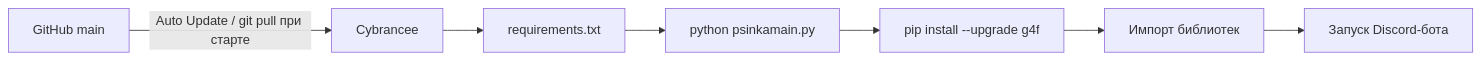
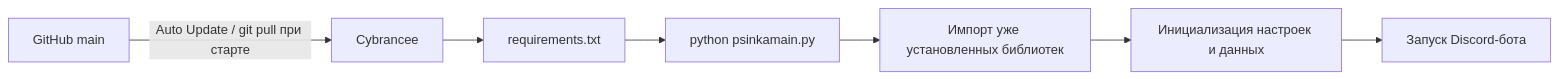
One commit to LuwnFM/psinka-bot changed the fourth of 4 diagrams in README.md. Above: the diagram before and after it, drawn with Mermaid. The commit also changed other lines of this file and 3 other files, not shown here.

````diff
--- a/README.md
+++ b/README.md
@@ -155,9 +155,9 @@
 ```mermaid
 flowchart LR
     A[GitHub main] -->|Auto Update / git pull при старте| B[Cybrancee]
     B --> C[requirements.txt]
     C --> D[python psinkamain.py]
-    D --> E[pip install --upgrade g4f]
-    E --> F[Импорт библиотек]
+    D --> E[Импорт уже установленных библиотек]
+    E --> F[Инициализация настроек и данных]
     F --> G[Запуск Discord-бота]
 ```
````
